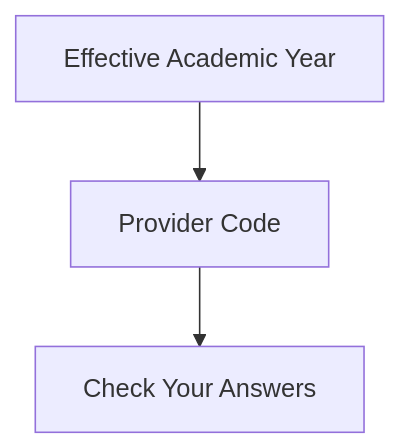
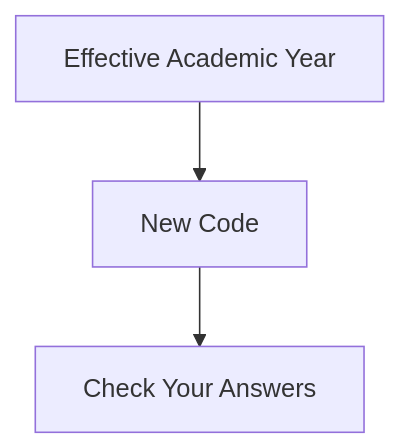
Before and after one commit to DFE-Digital/register-training-providers: the diagram in docs/wizards/provider_changes_code_wizard.mmd, drawn with Mermaid. The commit also changed 45 other files, not shown here.

```diff
--- a/docs/wizards/provider_changes_code_wizard.mmd
+++ b/docs/wizards/provider_changes_code_wizard.mmd
@@ -1,6 +1,6 @@
 flowchart TD
   effective_academic_year["Effective Academic Year"]
-  provider_code["Provider Code"]
+  new_code["New Code"]
   check_your_answers["Check Your Answers"]
-  effective_academic_year --> provider_code
-  provider_code --> check_your_answers
+  effective_academic_year --> new_code
+  new_code --> check_your_answers
```
